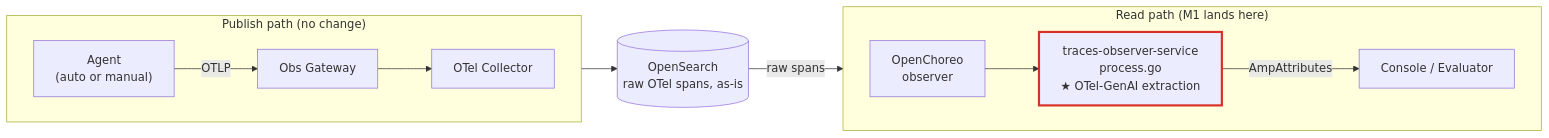
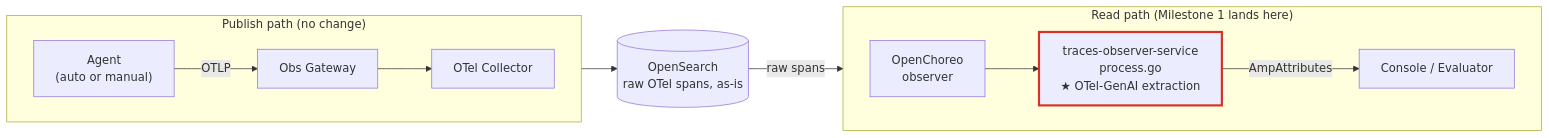
The third of 5 diagrams in references/INSTRUMENTATION_REDESIGN_PROPOSAL.md (RAVEENSR/agent-manager), drawn with Mermaid before and after one commit. The commit also changed other lines of this file, not shown here.

Commit message:
Spell out 'Milestone 1' instead of M1

````diff
--- a/references/INSTRUMENTATION_REDESIGN_PROPOSAL.md
+++ b/references/INSTRUMENTATION_REDESIGN_PROPOSAL.md
@@ -119,27 +119,27 @@
 ```mermaid
 flowchart LR
     subgraph publish["Publish path (no change)"]
         direction LR
         Agent["Agent<br/>(auto or manual)"]
         OG["Obs Gateway"]
         OTC["OTel Collector"]
         Agent -->|OTLP| OG
         OG --> OTC
     end
 
     OS[("OpenSearch<br/>raw OTel spans, as-is")]
     OTC --> OS
 
-    subgraph read["Read path (M1 lands here)"]
+    subgraph read["Read path (Milestone 1 lands here)"]
         direction LR
         OCObs["OpenChoreo<br/>observer"]
         TOS["traces-observer-service<br/>process.go<br/>★ OTel-GenAI extraction"]
         Console["Console / Evaluator"]
         OCObs --> TOS
         TOS -->|AmpAttributes| Console
     end
 
     OS -->|raw spans| OCObs
 
     style TOS stroke:#d93025,stroke-width:3px
 ```
````
